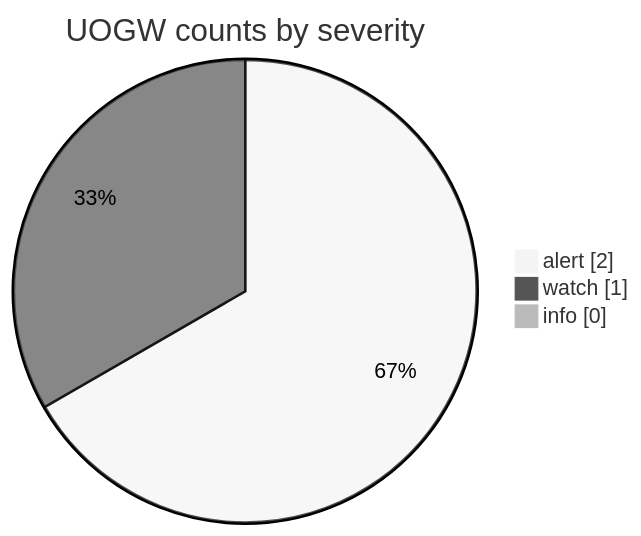
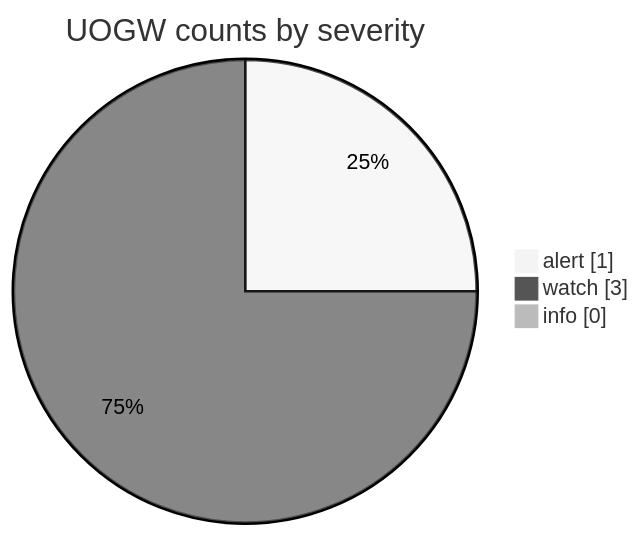
The fourth of 6 diagrams in docs/GRAPHS.md (Midwest-Stratospheric/aerostratospheric-defense-gir), drawn with Mermaid (neutral theme) before and after one commit. The commit also changed other lines of this file and 23 other files, not shown here.

````diff
--- a/docs/GRAPHS.md
+++ b/docs/GRAPHS.md
@@ -66,7 +66,7 @@
 ```mermaid
 pie showData
   title UOGW counts by severity
-  "alert" : 2
-  "watch" : 1
+  "alert" : 1
+  "watch" : 3
   "info" : 0
 ```
````
